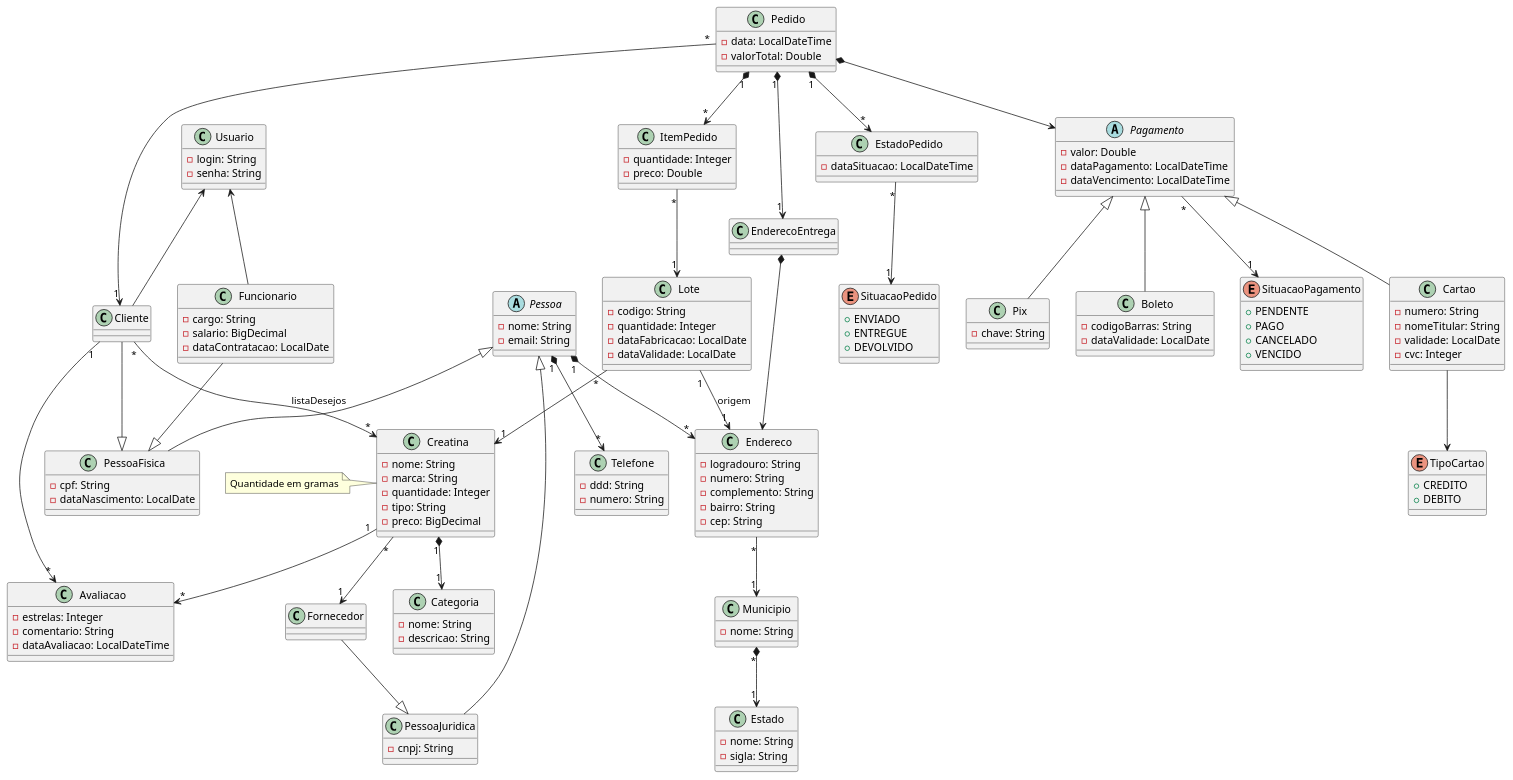
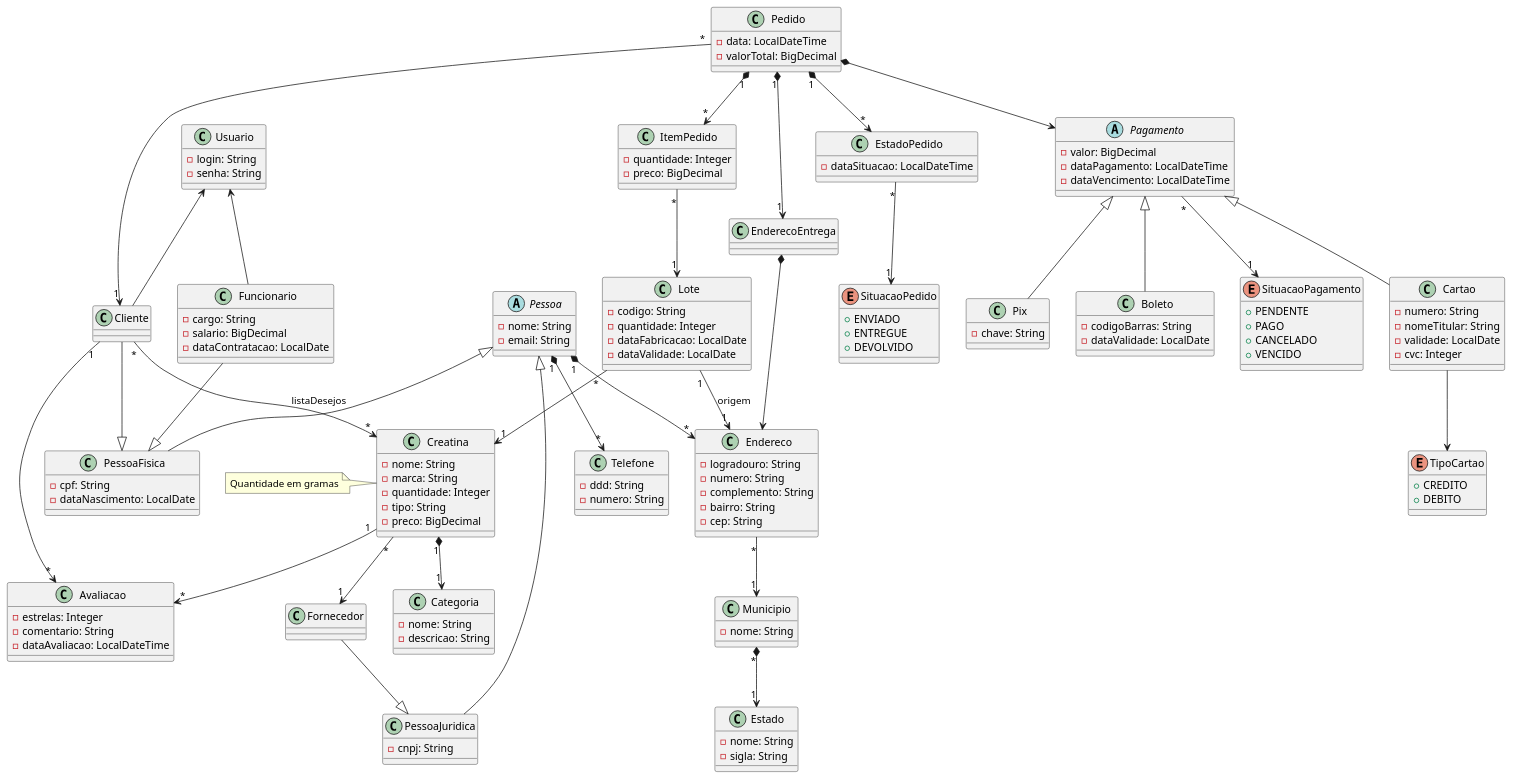
One commit to HallanChristian/creatina-tp1-quarkus changed the diagram in src/main/resources/Creatina.plantuml. Above: the diagram before and after it, drawn with PlantUML. The commit also changed 63 other files, not shown here.

Commit message:
Alterações DTO e Model para se adequar ao UML

```diff
--- a/src/main/resources/Creatina.plantuml
+++ b/src/main/resources/Creatina.plantuml
@@ -1,185 +1,185 @@
 @startuml Creatina
 
 abstract class Pessoa {
   - nome: String
   - email: String
 }
 
 class PessoaFisica {
   - cpf: String
   - dataNascimento: LocalDate
 }
 
 class PessoaJuridica {
   - cnpj: String
 }
 
 class Usuario {
   - login: String
   - senha: String
 }
 
 class Cliente {
 }
 
 class Funcionario {
   - cargo: String
   - salario: BigDecimal
   - dataContratacao: LocalDate
 }
 
 Pessoa <|-- PessoaFisica
 Pessoa <|-- PessoaJuridica
 Usuario <-- Cliente
 Usuario <-- Funcionario
 Funcionario --|> PessoaFisica
 Cliente --|> PessoaFisica
 Fornecedor --|> PessoaJuridica
 
 class Telefone {
   - ddd: String
   - numero: String
 }
 
 class Endereco {
   - logradouro: String
   - numero: String
   - complemento: String
   - bairro: String
   - cep: String
 }
 
 class Municipio {
   - nome: String
 }
 
 class Estado {
   - nome: String
   - sigla: String
 }
 
 class Pedido {
   - data: LocalDateTime
-  - valorTotal: Double
+  - valorTotal: BigDecimal
 }
 
 class ItemPedido {
   - quantidade: Integer
-  - preco: Double
+  - preco: BigDecimal
 }
 
 class EstadoPedido {
   - dataSituacao: LocalDateTime
 }
 
 Enum SituacaoPedido {
   + ENVIADO
   + ENTREGUE
   + DEVOLVIDO
 }
 
 class EnderecoEntrega {
 }
 
 Enum SituacaoPagamento {
   + PENDENTE
   + PAGO
   + CANCELADO
   + VENCIDO
 }
 
 abstract class Pagamento {
-  - valor: Double
+  - valor: BigDecimal
   - dataPagamento: LocalDateTime
   - dataVencimento: LocalDateTime
 }
 
 class Cartao {
   - numero: String
   - nomeTitular: String
   - validade: LocalDate
   - cvc: Integer
 }
 
 Enum TipoCartao {
   + CREDITO
   + DEBITO
 }
 
 class Pix {
   - chave: String
 }
 
 class Boleto {
   - codigoBarras: String
   - dataValidade: LocalDate
 }
 
 Pagamento <|-- Pix
 Pagamento <|-- Boleto
 Pagamento <|-- Cartao
 Pagamento "*" --> "1" SituacaoPagamento
 
 class Fornecedor {
 }
 
 class Creatina {
   - nome: String
   - marca: String
   - quantidade: Integer
   - tipo: String
   - preco: BigDecimal
 }
 
 class Categoria {
   - nome: String
   - descricao: String
 }
 
 class Lote {
   - codigo: String
   - quantidade: Integer
   - dataFabricacao: LocalDate
   - dataValidade: LocalDate
 }
 
 class Avaliacao {
   - estrelas: Integer
   - comentario: String
   - dataAvaliacao: LocalDateTime
 }
 
 ' Relacionamentos
 
 Pessoa "1" *--> "*" Telefone
 Pessoa "1" *--> "*" Endereco
 
 EnderecoEntrega *--> Endereco
 Endereco "*" --> "1" Municipio
 Municipio "*" *--> "1" Estado
 
 Cliente "*" --> "*" Creatina : listaDesejos
 Cliente "1" --> "*" Avaliacao
 
 ItemPedido "*" --> "1" Lote
 
 Pedido "*" --> "1" Cliente
 Pedido "1" *--> "*" ItemPedido
 Pedido *--> Pagamento
 Pedido "1" *--> "*" EstadoPedido
 Pedido "1" *--> "1" EnderecoEntrega
 
 EstadoPedido "*" --> "1" SituacaoPedido
 
 Cartao --> TipoCartao
 
 Creatina "1" *--> "1" Categoria
 Creatina "1" --> "*" Avaliacao
 Creatina "*" --> "1" Fornecedor
 
 Lote "*" --> "1" Creatina
 Lote "1" --> "1" Endereco : origem
 
 note left of Creatina: Quantidade em gramas
 
 @enduml
```
